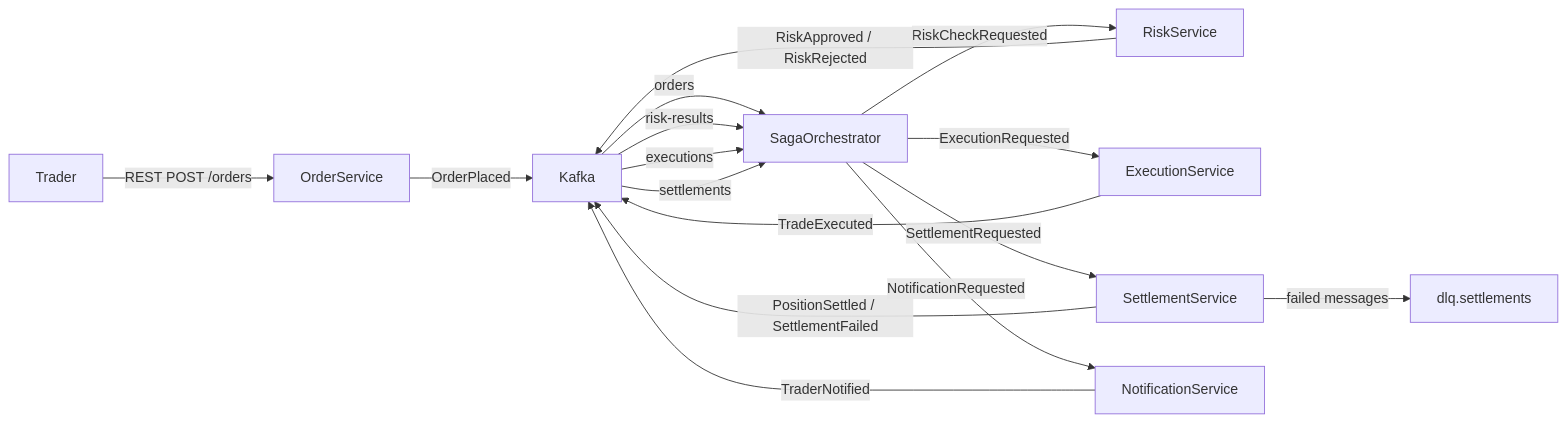
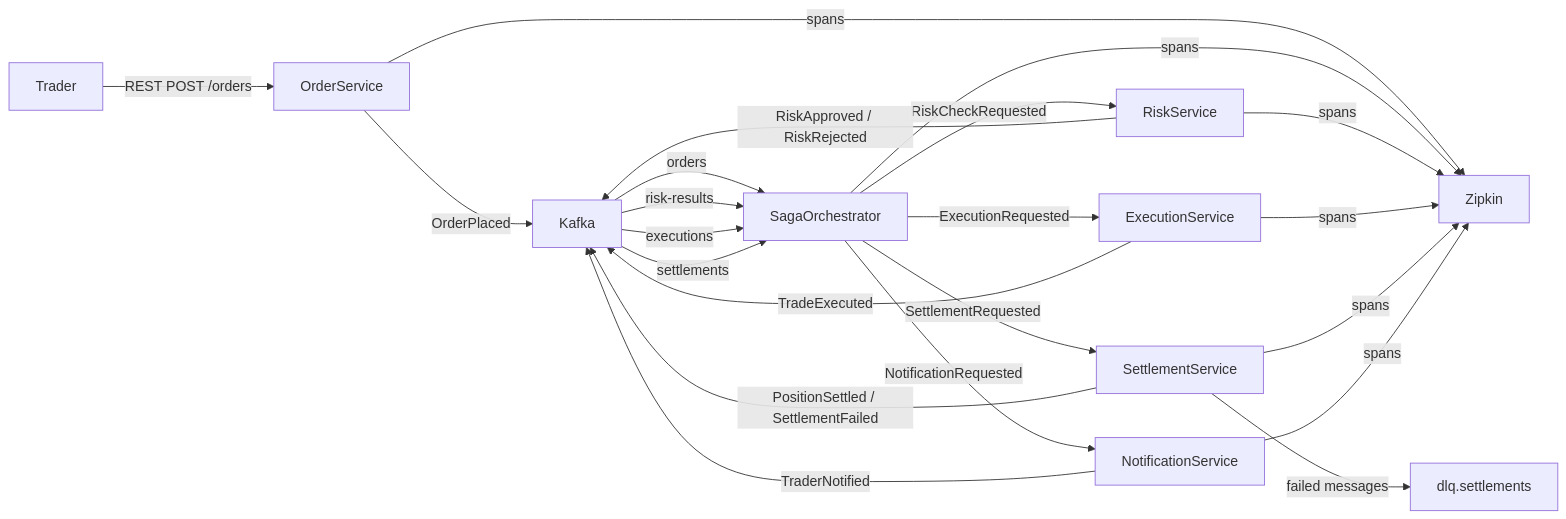
One commit to rbreunung/spring-kotlin-kafka-gradle-demo-2 changed the first of 3 diagrams in docs/arch/architecture.md. Above: the diagram before and after it, drawn with Mermaid.

Commit message:
docs(FEAT-009): add Zipkin to system overview component map

````diff
--- a/docs/arch/architecture.md
+++ b/docs/arch/architecture.md
@@ -5,18 +5,24 @@
 ```mermaid
 flowchart LR
     Trader -->|REST POST /orders| OrderService
     OrderService -->|OrderPlaced| Kafka
     Kafka -->|orders| SagaOrchestrator
     SagaOrchestrator -->|RiskCheckRequested| RiskService
     RiskService -->|RiskApproved / RiskRejected| Kafka
     Kafka -->|risk-results| SagaOrchestrator
     SagaOrchestrator -->|ExecutionRequested| ExecutionService
     ExecutionService -->|TradeExecuted| Kafka
     Kafka -->|executions| SagaOrchestrator
     SagaOrchestrator -->|SettlementRequested| SettlementService
     SettlementService -->|PositionSettled / SettlementFailed| Kafka
     Kafka -->|settlements| SagaOrchestrator
     SettlementService -->|failed messages| DLQ[dlq.settlements]
     SagaOrchestrator -->|NotificationRequested| NotificationService
     NotificationService -->|TraderNotified| Kafka
+    OrderService -->|spans| Zipkin
+    SagaOrchestrator -->|spans| Zipkin
+    RiskService -->|spans| Zipkin
+    ExecutionService -->|spans| Zipkin
+    SettlementService -->|spans| Zipkin
+    NotificationService -->|spans| Zipkin
 ```
````
